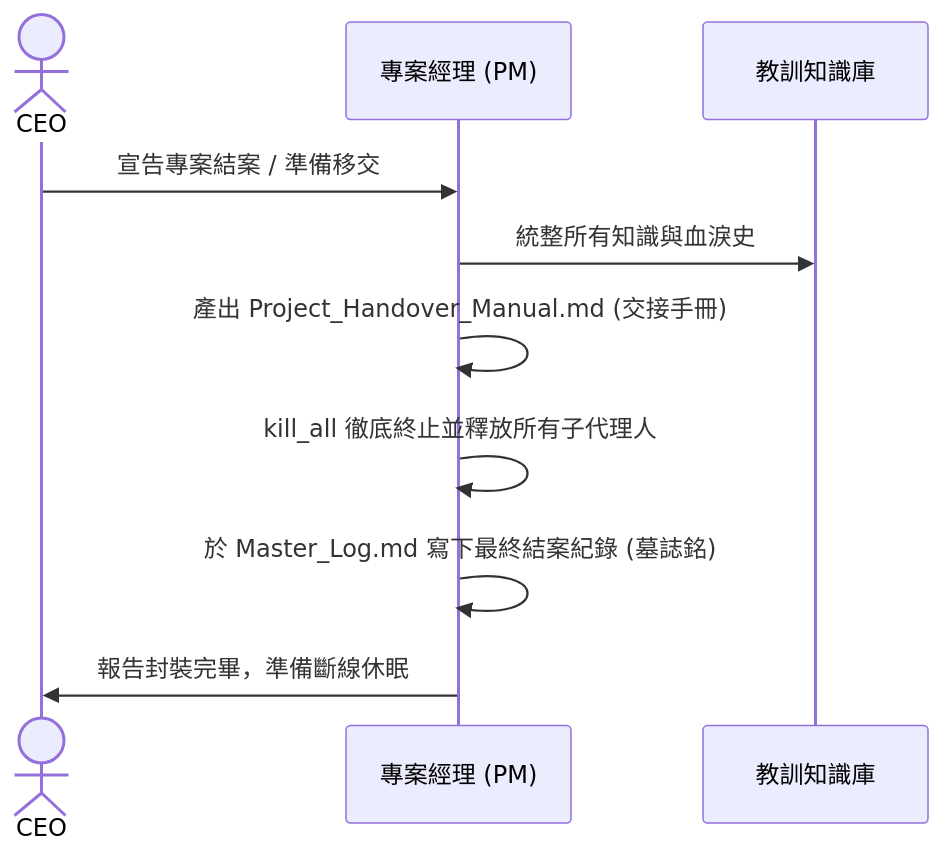
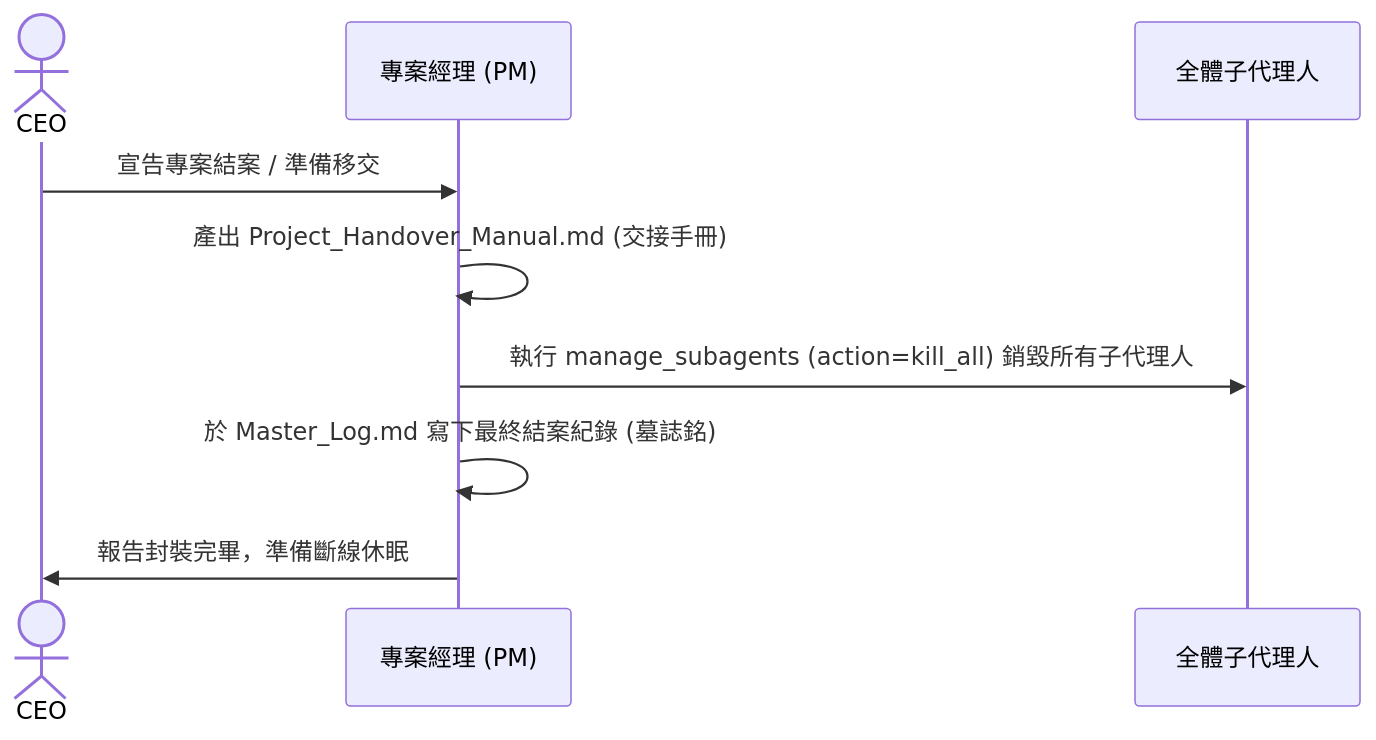
Before and after one commit to vip3310495-Johnny/Johnny-project-team-plugin: the eighth of 8 diagrams in README.md, drawn with Mermaid. The commit also changed other lines of this file, not shown here.

Commit message:
docs: update README.md workflow and detailed sequence diagrams for v2.0.0

````diff
--- a/README.md
+++ b/README.md
@@ -270,12 +271,11 @@
 ```mermaid
 sequenceDiagram
     actor CEO
     participant PM as 專案經理 (PM)
-    participant KB as 教訓知識庫
+    participant Subagents as 全體子代理人
     CEO->>PM: 宣告專案結案 / 準備移交
-    PM->>KB: 統整所有知識與血淚史
     PM->>PM: 產出 Project_Handover_Manual.md (交接手冊)
-    PM->>PM: kill_all 徹底終止並釋放所有子代理人
+    PM->>Subagents: 執行 manage_subagents (action=kill_all) 銷毀所有子代理人
     PM->>PM: 於 Master_Log.md 寫下最終結案紀錄 (墓誌銘)
     PM->>CEO: 報告封裝完畢，準備斷線休眠
 ```
````
